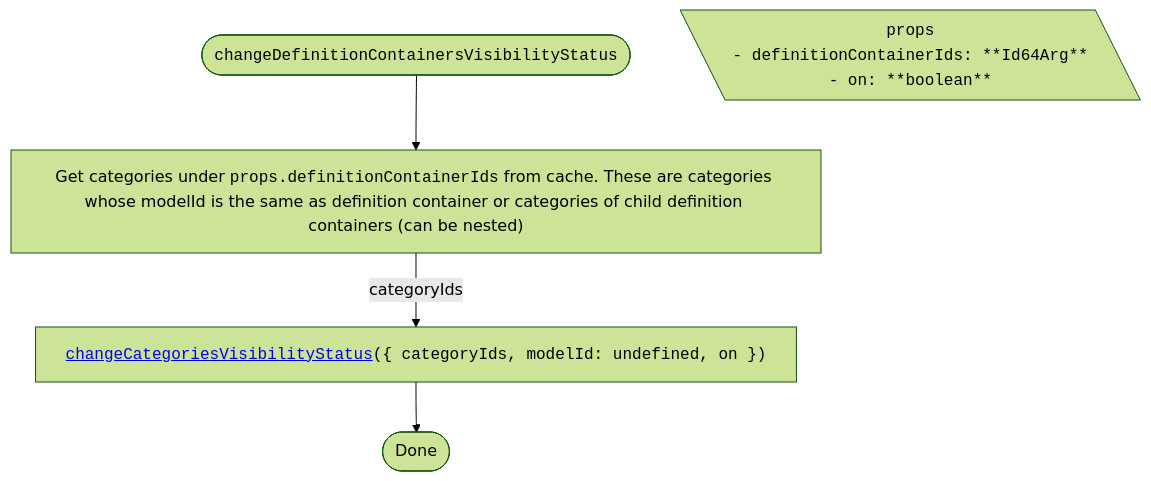
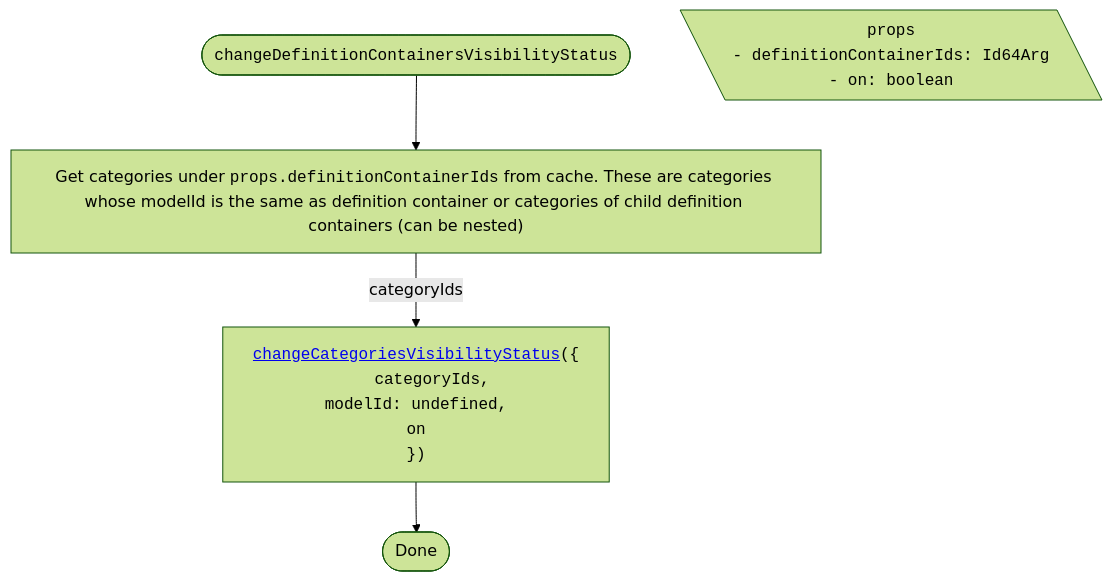
One commit to iTwin/viewer-components-react changed the second of 4 diagrams in packages/itwin/tree-widget/docs/CategoriesTreeVisibilityHandling.md. Above: the diagram before and after it, drawn with Mermaid (forest theme). The commit also changed other lines of this file and 4 other files, not shown here.

````diff
--- a/packages/itwin/tree-widget/docs/CategoriesTreeVisibilityHandling.md
+++ b/packages/itwin/tree-widget/docs/CategoriesTreeVisibilityHandling.md
@@ -63,22 +66,26 @@
 ```mermaid
 ---
 config:
   flowchart:
     wrappingWidth: 750
     useMaxWidth: false
 ---
 
 flowchart TD
   RESULT_Done([Done])
 
   %% Start
   TITLE(["<code>changeDefinitionContainersVisibilityStatus</code>"]) --> A["Get categories under <code>props.definitionContainerIds</code> from cache. These are categories whose modelId is the same as definition container or categories of child definition containers (can be nested)"]
 
   PROPS[\"
     <code>props</code>
-    <code style='text-align: left;'>- definitionContainerIds: **Id64Arg**<br/>- on: **boolean**</code>
+    <code style='text-align: left;'>- definitionContainerIds: Id64Arg<br/>- on: boolean</code>
   "\]
 
-  A -- categoryIds --> B["<code><a href='./SharedVisibilityHandling.md#changecategoriesvisibilitystatus'>changeCategoriesVisibilityStatus</a>({ categoryIds, modelId: undefined, on })</code>"]
+  A -- categoryIds --> B["<code style='text-align: left;'><a href='./SharedVisibilityHandling.md#changecategoriesvisibilitystatus'>changeCategoriesVisibilityStatus</a>({
+    <code style='padding-left: 2rem'>categoryIds,
+    modelId: undefined,
+    on</code>
+  })</code>"]
   B --> RESULT_Done
 ```
````
